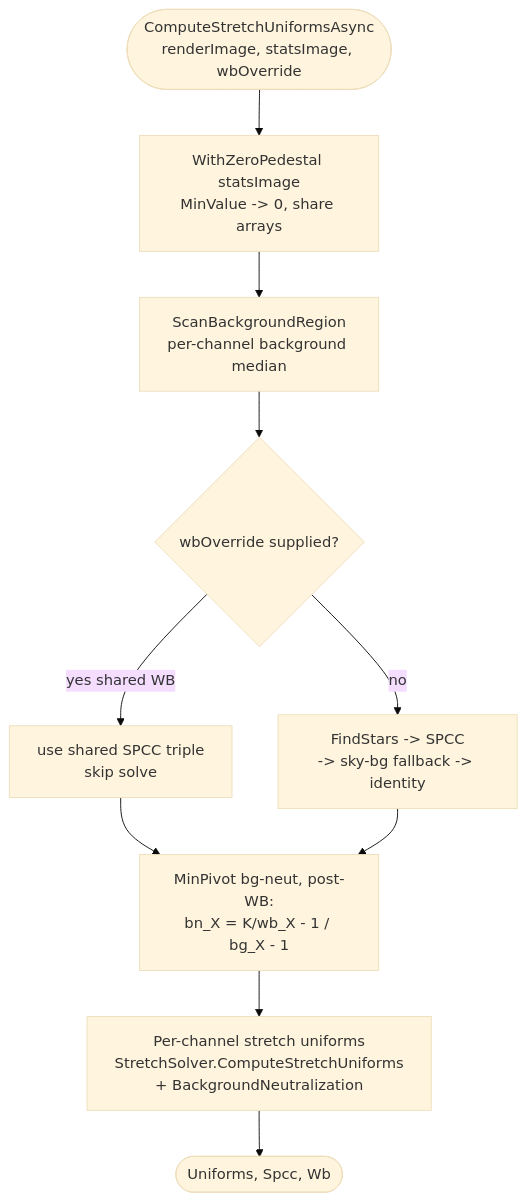
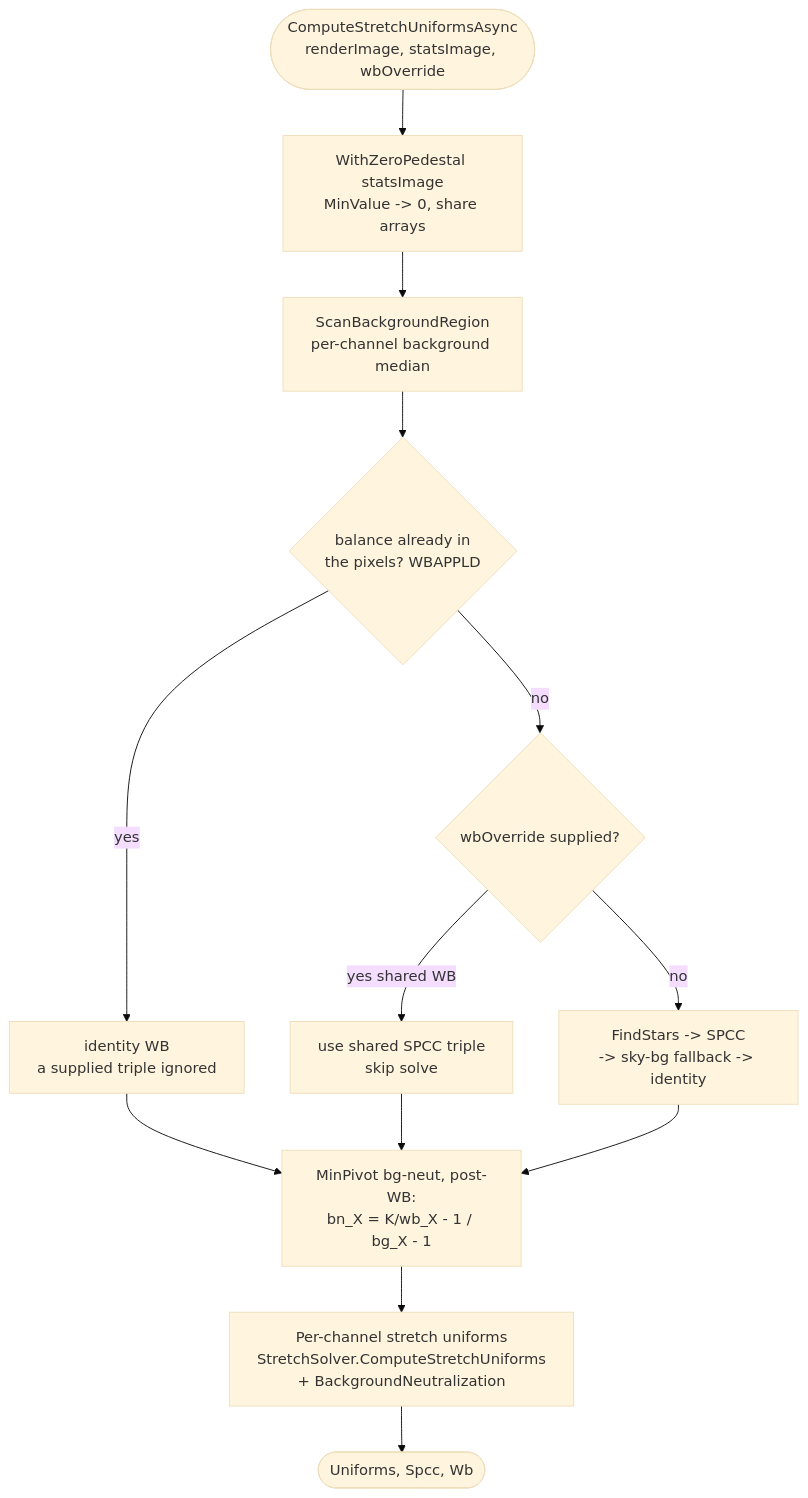
Before and after one commit to SharpAstro/tianwen: the fifth of 6 diagrams in docs/architecture/stacking-render-pipeline.md, drawn with Mermaid (base theme). The commit also changed other lines of this file and 2 other files, not shown here.

````diff
--- a/docs/architecture/stacking-render-pipeline.md
+++ b/docs/architecture/stacking-render-pipeline.md
@@ -350,12 +350,15 @@
 ```mermaid
 flowchart TD
     In([ComputeStretchUniformsAsync<br/>renderImage, statsImage, wbOverride]) --> Zero[WithZeroPedestal statsImage<br/>MinValue -> 0, share arrays]
     Zero --> Bg[ScanBackgroundRegion<br/>per-channel background median]
-    Bg --> Wb{wbOverride supplied?}
+    Bg --> Applied{balance already in<br/>the pixels? WBAPPLD}
+    Applied -->|yes| Identity[identity WB<br/>a supplied triple ignored]
+    Applied -->|no| Wb{wbOverride supplied?}
     Wb -->|yes shared WB| UseShared[use shared SPCC triple<br/>skip solve]
     Wb -->|no| SolveWb[FindStars -> SPCC<br/>-> sky-bg fallback -> identity]
-    UseShared --> Bn[MinPivot bg-neut, post-WB:<br/>bn_X = K/wb_X - 1 / bg_X - 1]
+    Identity --> Bn[MinPivot bg-neut, post-WB:<br/>bn_X = K/wb_X - 1 / bg_X - 1]
+    UseShared --> Bn
     SolveWb --> Bn
     Bn --> Uni[Per-channel stretch uniforms<br/>StretchSolver.ComputeStretchUniforms<br/>+ BackgroundNeutralization]
     Uni --> Out([Uniforms, Spcc, Wb])
 ```
````
